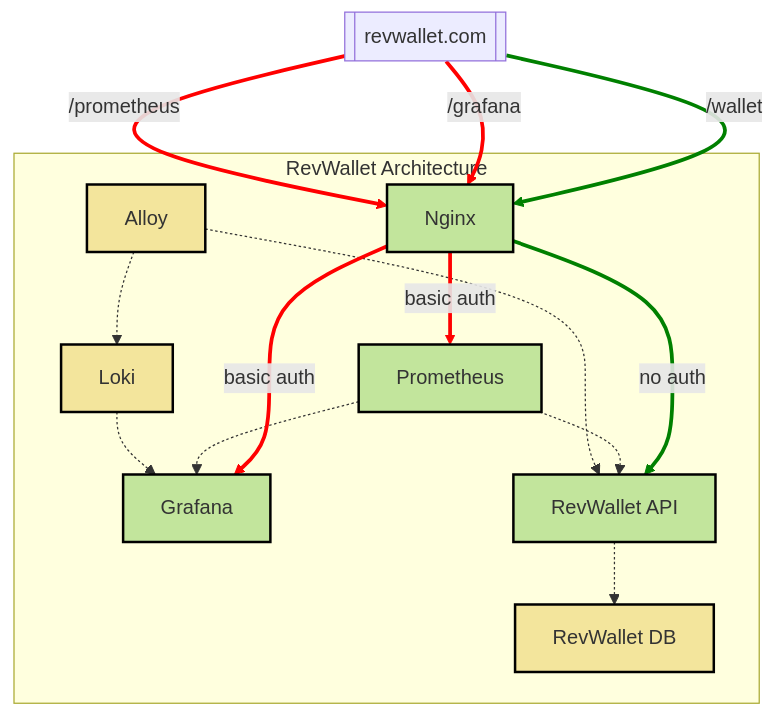
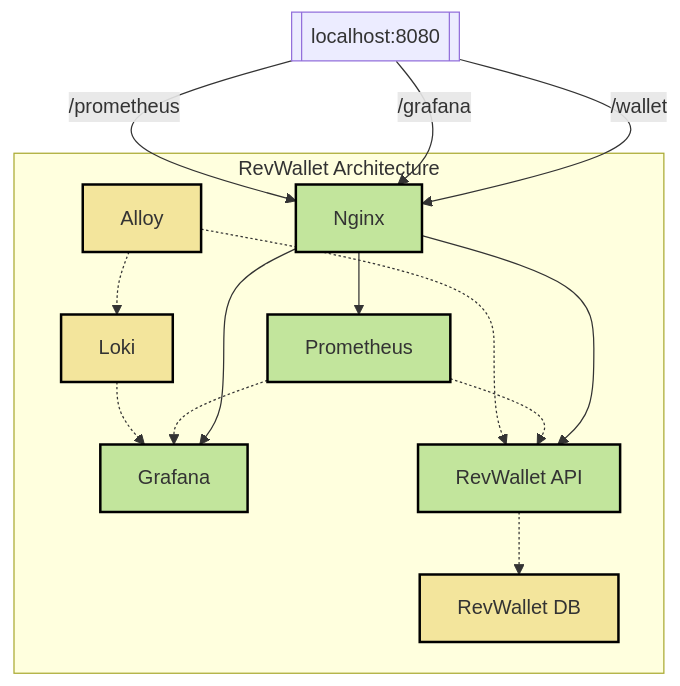
One commit to arthurjguerra/revwallet changed the diagram in README.md. Above: the diagram before and after it, drawn with Mermaid. The commit also changed 10 other files, not shown here.

````diff
--- a/README.md
+++ b/README.md
@@ -9,38 +9,36 @@
 ```mermaid
 graph TD
   subgraph RevWallet Architecture
       loki[Loki]
       alloy[Alloy]
       grafana[Grafana]
       prometheus[Prometheus]
       revwallet-db[RevWallet DB]
       revwallet-api[RevWallet API]
       nginx[Nginx]
   end
 
   loki -.-> grafana
   alloy -.-> loki
   alloy -.-> revwallet-api
   prometheus -.-> grafana
   prometheus -.-> revwallet-api
   revwallet-api -.-> revwallet-db
-  nginx -- no auth --> revwallet-api
-  nginx -- basic auth --> prometheus
-  nginx -- basic auth --> grafana
+  nginx --> revwallet-api
+  nginx --> prometheus
+  nginx --> grafana
   id1 -- /prometheus --> nginx
   id1 -- /grafana --> nginx
-  id1[[revwallet.com]] -- /wallet --> nginx
+  id1[[localhost:8080]] -- /wallet --> nginx
 
   classDef public fill:#c2e59c,stroke:#000,stroke-width:2px;
   classDef private fill:#f3e59c,stroke:#000,stroke-width:2px;
-  linkStyle 7,8,9,10 stroke-width:3px,stroke:red
-  linkStyle 6,11 stroke-width:3px,stroke:green
 
   class loki private
   class alloy private
   class grafana public
   class prometheus public
   class revwallet-db private
   class revwallet-api public
   class nginx public
 ```
````
